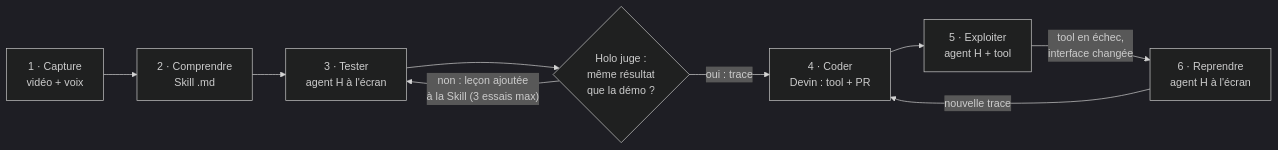
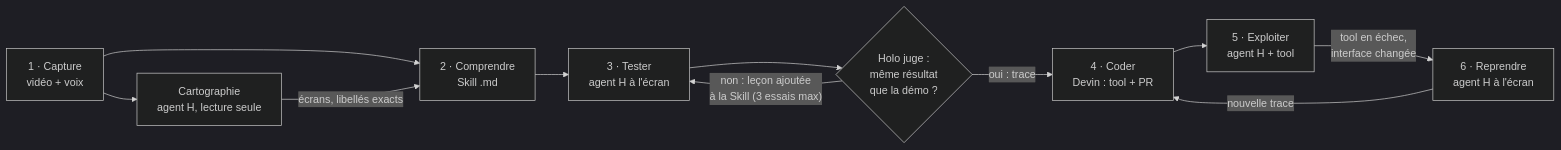
The first of 2 diagrams in smo/PLAN.md (h-hackathon/show-me-once-hackathon-h), drawn with Mermaid (dark theme) before and after one commit. The commit also changed other lines of this file and 13 other files, not shown here.

First line of the commit message:
SMO : cartographie du logiciel en parallèle, par un agent H en lecture seule

````diff
--- a/smo/PLAN.md
+++ b/smo/PLAN.md
@@ -9,11 +9,13 @@
 ```mermaid
 flowchart LR
     A["1 · Capture<br/>vidéo + voix"] --> B["2 · Comprendre<br/>Skill .md"]
+    A --> M["Cartographie<br/>agent H, lecture seule"]
+    M -- "écrans, libellés exacts" --> B
     B --> C["3 · Tester<br/>agent H à l'écran"]
     C --> J{"Holo juge :<br/>même résultat<br/>que la démo ?"}
     J -- "non : leçon ajoutée<br/>à la Skill (3 essais max)" --> C
     J -- "oui : trace" --> D["4 · Coder<br/>Devin : tool + PR"]
     D --> E["5 · Exploiter<br/>agent H + tool"]
     E -- "tool en échec,<br/>interface changée" --> F["6 · Reprendre<br/>agent H à l'écran"]
     F -- "nouvelle trace" --> D
 ```
````
